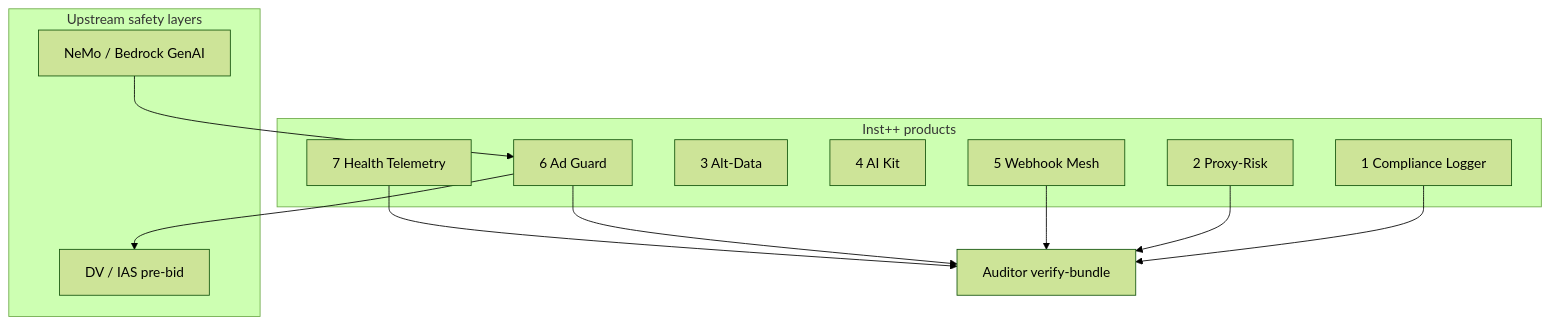
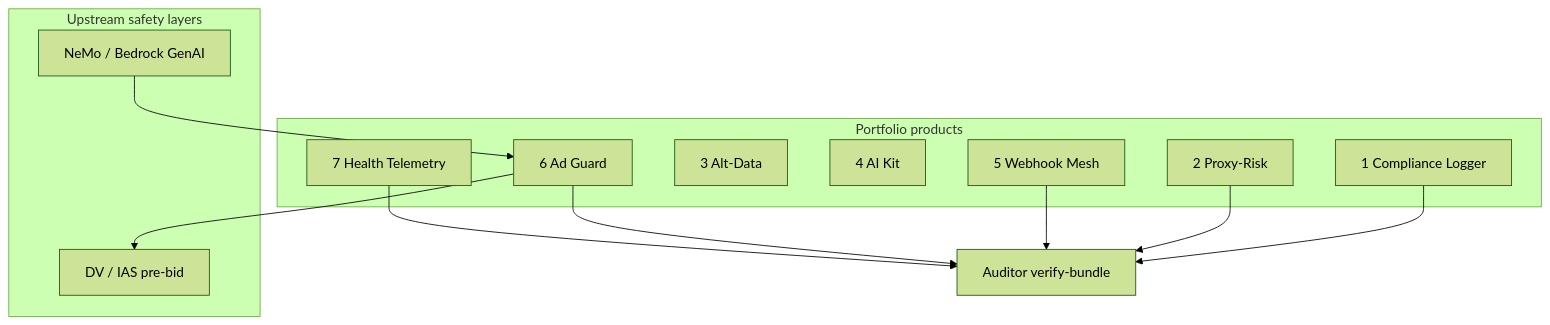
The diagram in docs/INST_PLUS_DEEP_DIVE_ALL_7.md (mc8h7dxz6t-ui/hibs-bet-racing), drawn with Mermaid (forest theme) before and after one commit. The commit also changed other lines of this file and 50 other files, not shown here.

````diff
--- a/docs/INST_PLUS_DEEP_DIVE_ALL_7.md
+++ b/docs/INST_PLUS_DEEP_DIVE_ALL_7.md
@@ -337,25 +337,25 @@
 ```mermaid
 flowchart TB
   subgraph safety [Upstream safety layers]
     NEMO[NeMo / Bedrock GenAI]
     DVIAS[DV / IAS pre-bid]
   end
 
-  subgraph inst [Inst++ products]
+  subgraph inst [Portfolio products]
     CL[1 Compliance Logger]
     PR[2 Proxy-Risk]
     AD[3 Alt-Data]
     AI[4 AI Kit]
     WM[5 Webhook Mesh]
     AG[6 Ad Guard]
     HT[7 Health Telemetry]
   end
 
   NEMO --> AG
   AG --> DVIAS
   CL --> AUD[Auditor verify-bundle]
   PR --> AUD
   WM --> AUD
   AG --> AUD
   HT --> AUD
 ```
````
